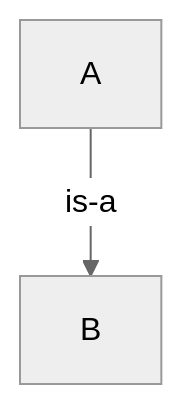
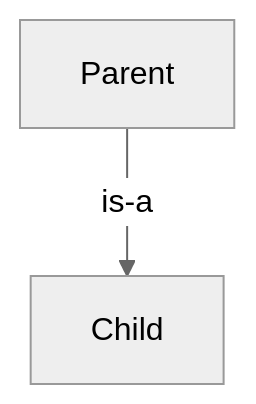
The first of 5 diagrams in TypesOfInheritance.md (chanduujjina/JSE_Practice_2025_B1), drawn with Mermaid (neutral theme) before and after one commit.

````diff
--- a/TypesOfInheritance.md
+++ b/TypesOfInheritance.md
@@ -5,5 +5,5 @@
 ```mermaid
 graph TD;
-    A-->|is-a|B
+    Parent-->|is-a|Child
     
 ```
````
